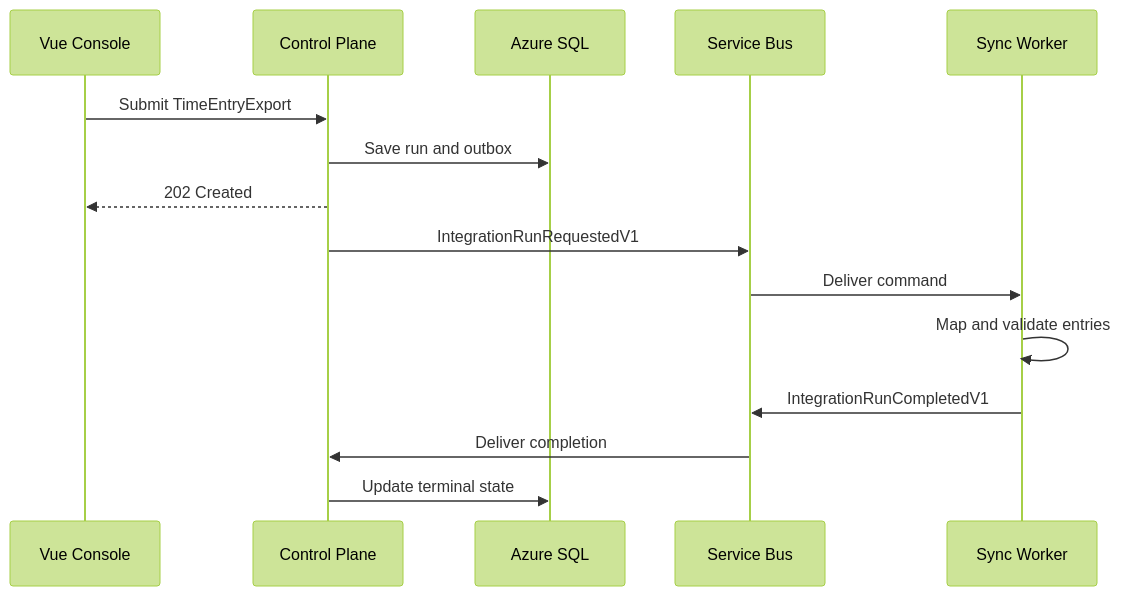
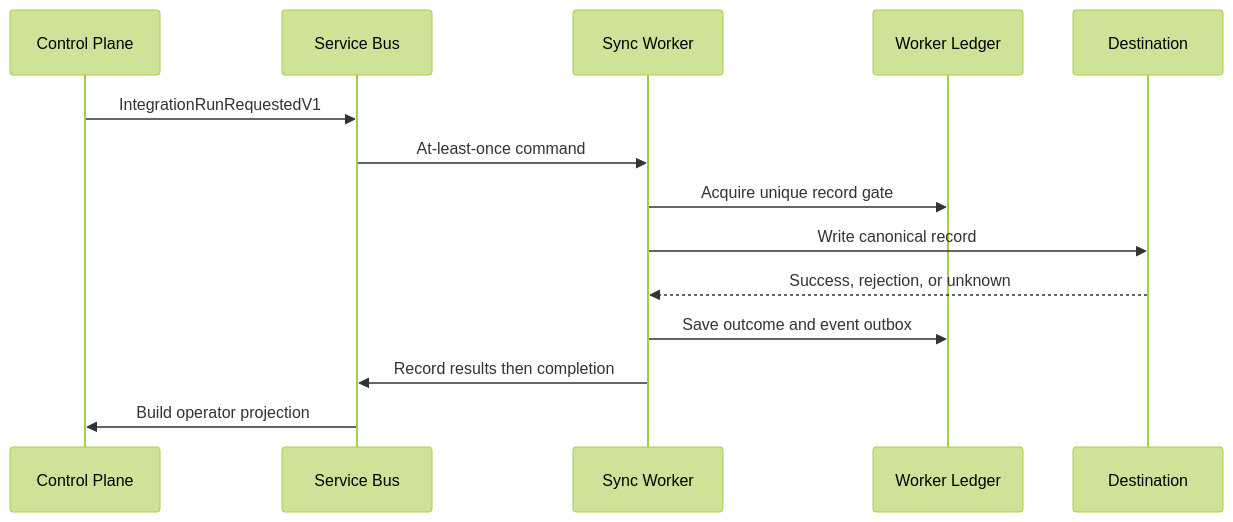
Before and after one commit to hsummerhays/relayworks-integration-platform: the diagram in docs/architecture.md, drawn with Mermaid (forest theme). The commit also changed other lines of this file and 33 other files, not shown here.

Commit message:
feat(worker): durable worker ledger and record-level idempotency (Iteration 3)

````diff
--- a/docs/architecture.md
+++ b/docs/architecture.md
@@ -16,18 +14,16 @@
 ```mermaid
 sequenceDiagram
-    participant UI as Vue Console
     participant CP as Control Plane
-    participant DB as Azure SQL
     participant SB as Service Bus
     participant SW as Sync Worker
-
-    UI->>CP: Submit TimeEntryExport
-    CP->>DB: Save run and outbox
-    CP-->>UI: 202 Created
+    participant WL as Worker Ledger
+    participant DST as Destination
     CP->>SB: IntegrationRunRequestedV1
-    SB->>SW: Deliver command
-    SW->>SW: Map and validate entries
-    SW->>SB: IntegrationRunCompletedV1
-    SB->>CP: Deliver completion
-    CP->>DB: Update terminal state
+    SB->>SW: At-least-once command
+    SW->>WL: Acquire unique record gate
+    SW->>DST: Write canonical record
+    DST-->>SW: Success, rejection, or unknown
+    SW->>WL: Save outcome and event outbox
+    SW->>SB: Record results then completion
+    SB->>CP: Build operator projection
 ```
````
